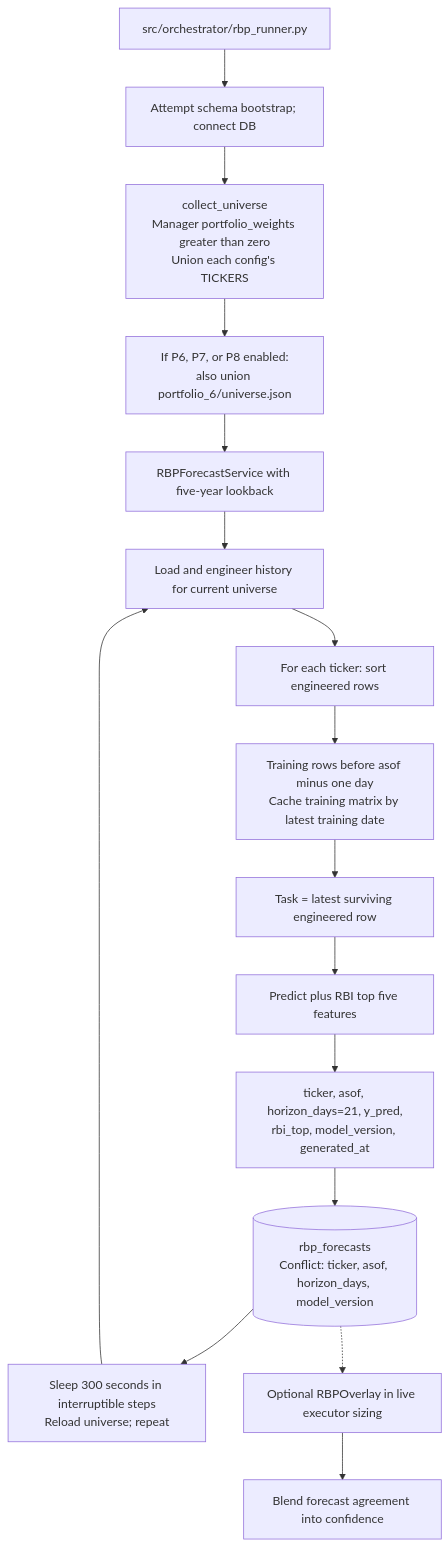
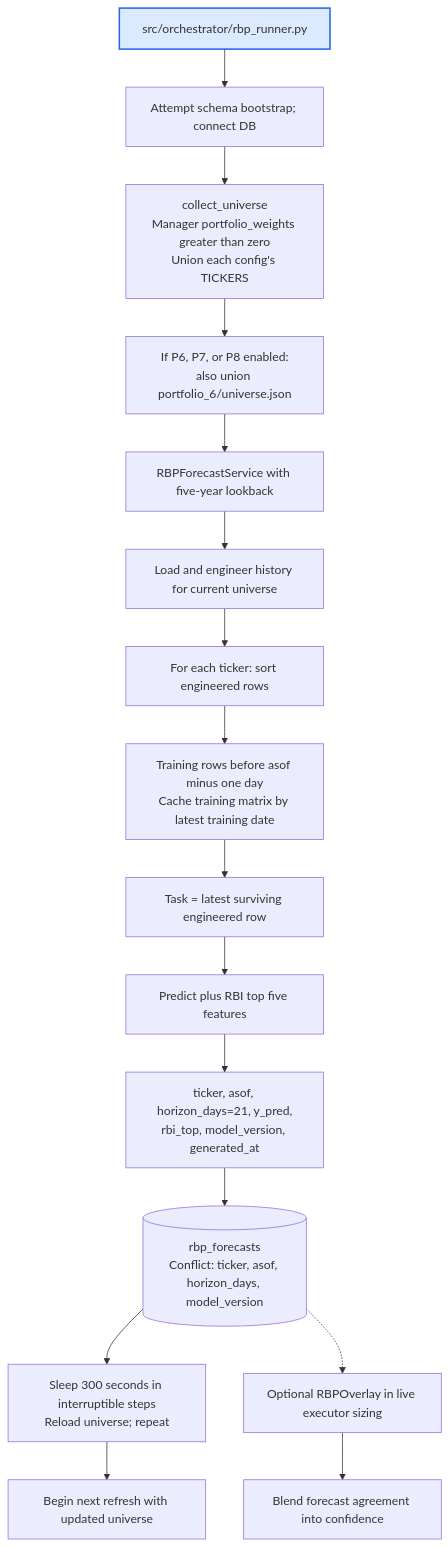
The third of 3 diagrams in RBP/README.md (MUNQuantSociety/MQSMaster), drawn with Mermaid before and after one commit. The commit also changed other lines of this file and 12 other files, not shown here.

Commit message:
docs: make workflow diagrams top-down hierarchies

````diff
--- a/RBP/README.md
+++ b/RBP/README.md
@@ -75,18 +77,19 @@
 ```mermaid
 flowchart TD
     START["src/orchestrator/rbp_runner.py"] --> SCHEMA["Attempt schema bootstrap; connect DB"]
     SCHEMA --> UNIVERSE["collect_universe<br/>Manager portfolio_weights greater than zero<br/>Union each config's TICKERS"]
     UNIVERSE --> P678["If P6, P7, or P8 enabled:<br/>also union portfolio_6/universe.json"]
     P678 --> SERVICE["RBPForecastService with five-year lookback"]
     SERVICE --> REFRESH["Load and engineer history for current universe"]
     REFRESH --> EACH["For each ticker: sort engineered rows"]
     EACH --> TRAIN["Training rows before asof minus one day<br/>Cache training matrix by latest training date"]
     TRAIN --> TASK["Task = latest surviving engineered row"]
     TASK --> GRID["Predict plus RBI top five features"]
     GRID --> RECORD["ticker, asof, horizon_days=21, y_pred,<br/>rbi_top, model_version, generated_at"]
     RECORD --> DB[("rbp_forecasts<br/>Conflict: ticker, asof, horizon_days, model_version")]
     DB --> SLEEP["Sleep 300 seconds in interruptible steps<br/>Reload universe; repeat"]
-    SLEEP --> REFRESH
+    SLEEP --> NEXT["Begin next refresh with updated universe"]
     DB -.-> OVERLAY["Optional RBPOverlay in live executor sizing"]
     OVERLAY --> CONF["Blend forecast agreement into confidence"]
+    style START fill:#dbeafe,stroke:#2563eb,stroke-width:2px
 ```
````
